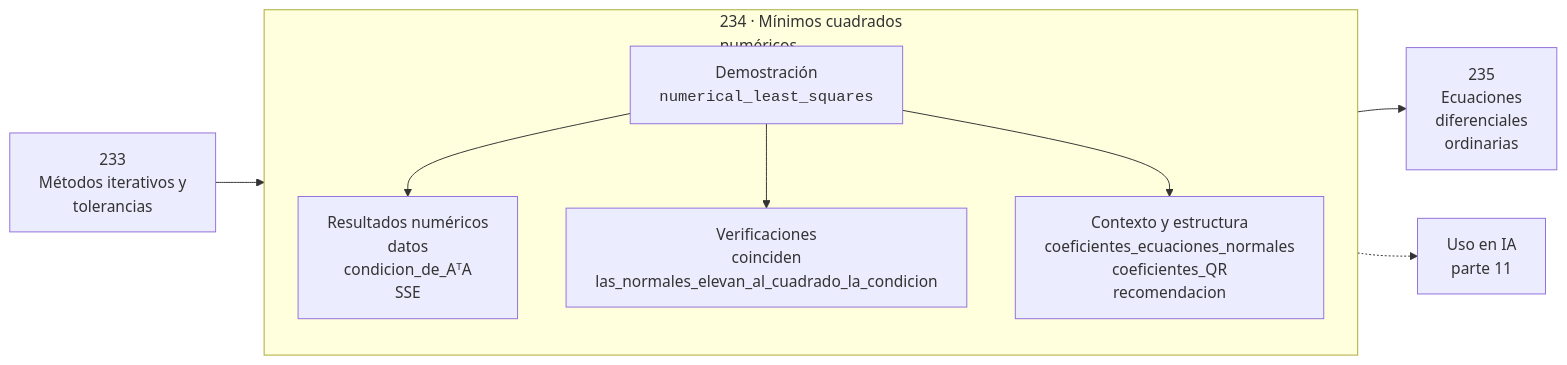
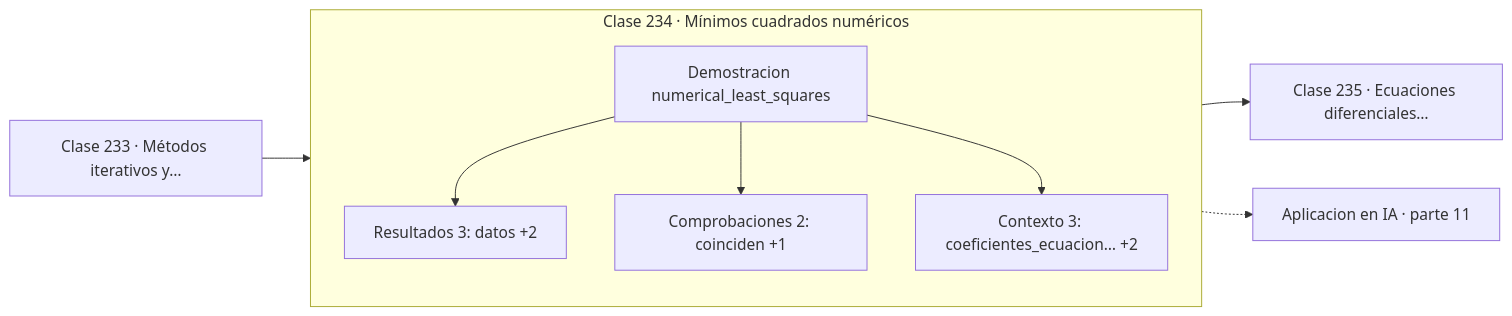
The diagram in classes/part-11-metodos-numericos-y-computacion-cientifica/234-minimos-cuadrados-numericos/README.md (vladimiracunadev-create/computational-mathematics-program), drawn with Mermaid before and after one commit. The commit also changed 389 other files, not shown here.

First line of the commit message:
fix(diagramas): elimina el HTML de las etiquetas Mermaid

````diff
--- a/classes/part-11-metodos-numericos-y-computacion-cientifica/234-minimos-cuadrados-numericos/README.md
+++ b/classes/part-11-metodos-numericos-y-computacion-cientifica/234-minimos-cuadrados-numericos/README.md
@@ -30,12 +30,13 @@
 ```mermaid
 flowchart LR
-    P["233<br/>Métodos iterativos y<br/>tolerancias"] --> C
-    subgraph C["234 · Mínimos cuadrados<br/>numéricos"]
+    P["Clase 233 · Métodos iterativos y…"] --> D
+    subgraph CLASE["Clase 234 · Mínimos cuadrados numéricos"]
         direction TB
-        D["Demostración<br/><code>numerical_least_squares</code>"] --> R["Resultados numéricos<br/>datos<br/>condicion_de_AᵀA<br/>SSE"]
-        D --> V["Verificaciones<br/>coinciden<br/>las_normales_elevan_al_cuadrado_la_condicion"]
-        D --> O["Contexto y estructura<br/>coeficientes_ecuaciones_normales<br/>coeficientes_QR<br/>recomendacion"]
+        D["Demostracion numerical_least_squares"]
+        D --> R["Resultados 3: datos +2"]
+        D --> V["Comprobaciones 2: coinciden +1"]
+        D --> O["Contexto 3: coeficientes_ecuacion… +2"]
     end
-    C --> N["235<br/>Ecuaciones<br/>diferenciales<br/>ordinarias"]
-    C -.-> IA["Uso en IA<br/>parte 11"]
+    R --> N["Clase 235 · Ecuaciones diferenciales…"]
+    V -.-> IA["Aplicacion en IA · parte 11"]
 ```
````
